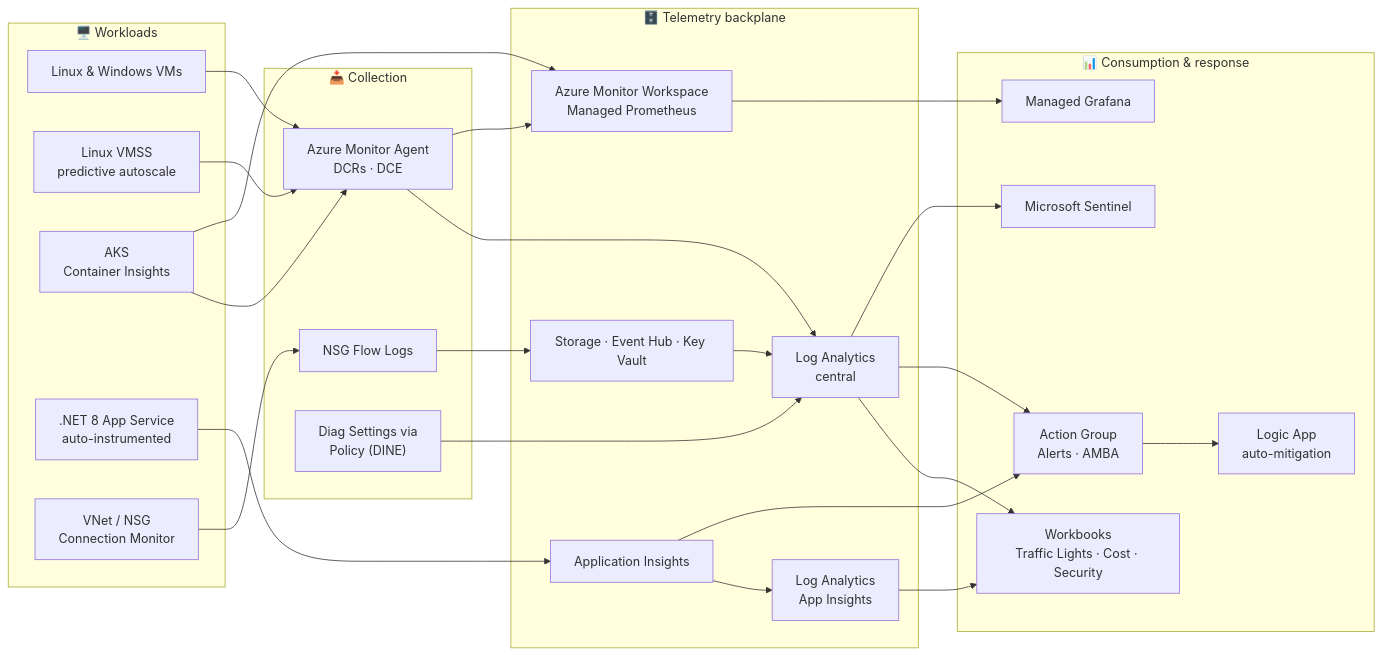
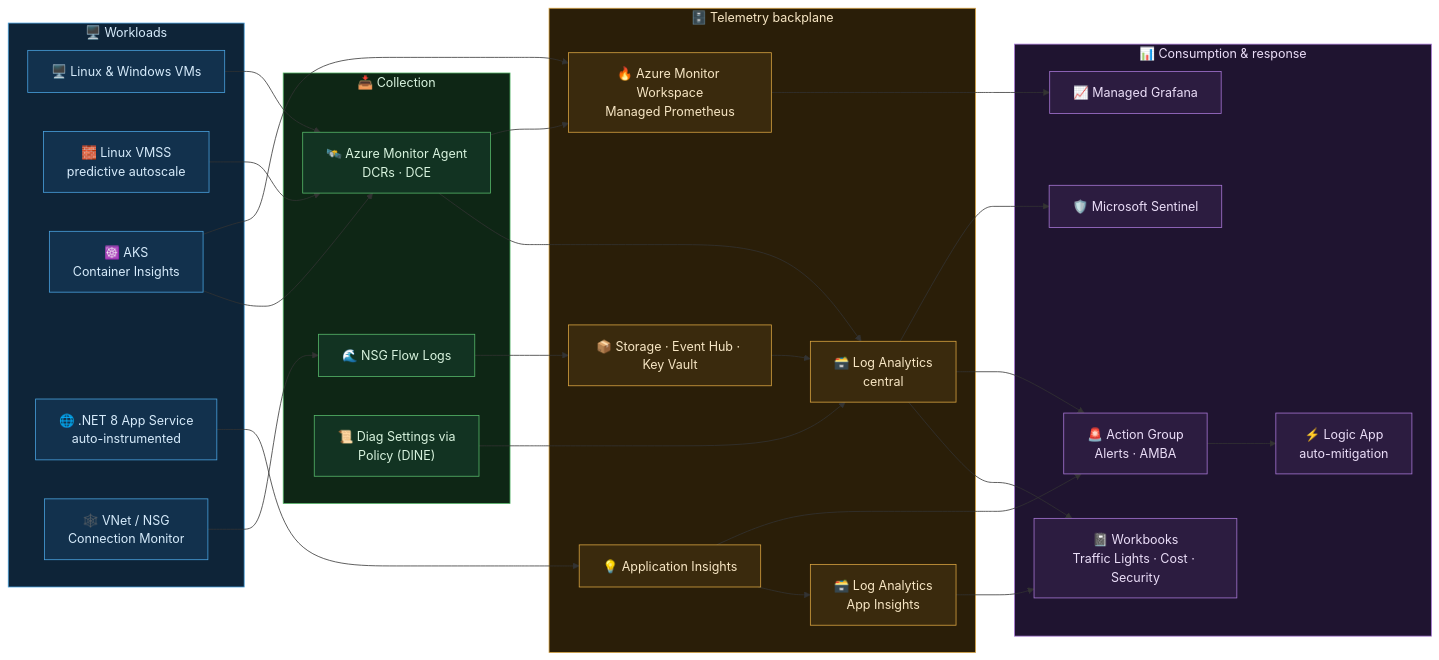
Before and after one commit to claestom/azure-monitor-demo-lab: the diagram in README.md, drawn with Mermaid.

Commit message:
README: dark-mode palette for the architecture diagram

````diff
--- a/README.md
+++ b/README.md
@@ -26,52 +26,67 @@
 ```mermaid
 flowchart LR
   subgraph WL["🖥️ Workloads"]
-    VM["Linux &amp; Windows VMs"]
-    VMSS["Linux VMSS<br/>predictive autoscale"]
-    AKS["AKS<br/>Container Insights"]
-    APP[".NET 8 App Service<br/>auto-instrumented"]
-    NET["VNet / NSG<br/>Connection Monitor"]
+    VM["🖥️ Linux &amp; Windows VMs"]
+    VMSS["🧱 Linux VMSS<br/>predictive autoscale"]
+    AKS["☸️ AKS<br/>Container Insights"]
+    APP["🌐 .NET 8 App Service<br/>auto-instrumented"]
+    NET["🕸️ VNet / NSG<br/>Connection Monitor"]
   end
 
   subgraph COL["📥 Collection"]
-    AMA["Azure Monitor Agent<br/>DCRs · DCE"]
-    FLOW["NSG Flow Logs"]
-    POL["Diag Settings via<br/>Policy (DINE)"]
+    AMA["🛰️ Azure Monitor Agent<br/>DCRs · DCE"]
+    FLOW["🌊 NSG Flow Logs"]
+    POL["📜 Diag Settings via<br/>Policy (DINE)"]
   end
 
   subgraph DATA["🗄️ Telemetry backplane"]
-    LAW["Log Analytics<br/>central"]
-    LAWAI["Log Analytics<br/>App Insights"]
-    AI["Application Insights"]
-    AMW["Azure Monitor Workspace<br/>Managed Prometheus"]
-    PLAT["Storage · Event Hub · Key Vault"]
+    LAW["🗃️ Log Analytics<br/>central"]
+    LAWAI["🗃️ Log Analytics<br/>App Insights"]
+    AI["💡 Application Insights"]
+    AMW["🔥 Azure Monitor Workspace<br/>Managed Prometheus"]
+    PLAT["📦 Storage · Event Hub · Key Vault"]
   end
 
   subgraph USE["📊 Consumption &amp; response"]
-    GRAF["Managed Grafana"]
-    WB["Workbooks<br/>Traffic Lights · Cost · Security"]
-    AG["Action Group<br/>Alerts · AMBA"]
-    LOGIC["Logic App<br/>auto-mitigation"]
-    SENT["Microsoft Sentinel"]
+    GRAF["📈 Managed Grafana"]
+    WB["📓 Workbooks<br/>Traffic Lights · Cost · Security"]
+    AG["🚨 Action Group<br/>Alerts · AMBA"]
+    LOGIC["⚡ Logic App<br/>auto-mitigation"]
+    SENT["🛡️ Microsoft Sentinel"]
   end
 
   VM --> AMA
   VMSS --> AMA
   AKS --> AMA
   AKS --> AMW
   APP --> AI
   NET --> FLOW
   AMA --> LAW
   AMA --> AMW
   FLOW --> PLAT
   POL --> LAW
   AI --> LAWAI
   PLAT --> LAW
   LAW --> WB
   LAWAI --> WB
   AMW --> GRAF
   LAW --> AG
   AI --> AG
   AG --> LOGIC
   LAW --> SENT
+
+  classDef workload fill:#12314D,stroke:#4AA3E0,color:#D6EBFB,stroke-width:1px;
+  classDef collect fill:#123322,stroke:#57B96A,color:#D8F3DE,stroke-width:1px;
+  classDef data fill:#3A2A0D,stroke:#D9A441,color:#F7E6C4,stroke-width:1px;
+  classDef use fill:#2C1C40,stroke:#A877D6,color:#EADDF7,stroke-width:1px;
+
+  class VM,VMSS,AKS,APP,NET workload;
+  class AMA,FLOW,POL collect;
+  class LAW,LAWAI,AI,AMW,PLAT data;
+  class GRAF,WB,AG,LOGIC,SENT use;
+
+  style WL fill:#0E2438,stroke:#4AA3E0,color:#D6EBFB;
+  style COL fill:#0E2615,stroke:#57B96A,color:#D8F3DE;
+  style DATA fill:#2A1E08,stroke:#D9A441,color:#F7E6C4;
+  style USE fill:#1F1430,stroke:#A877D6,color:#EADDF7;
 ```
````
